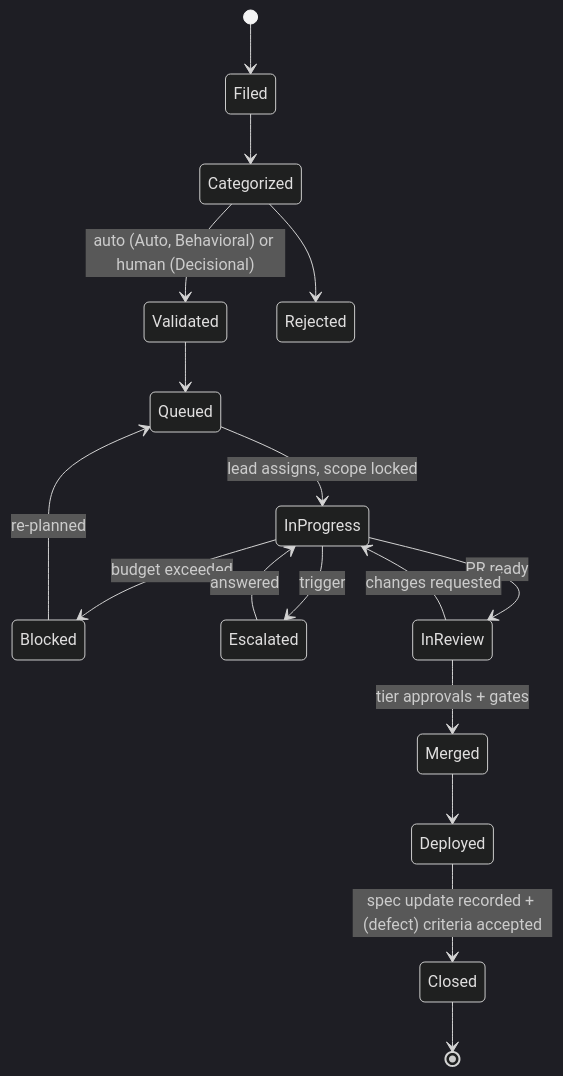
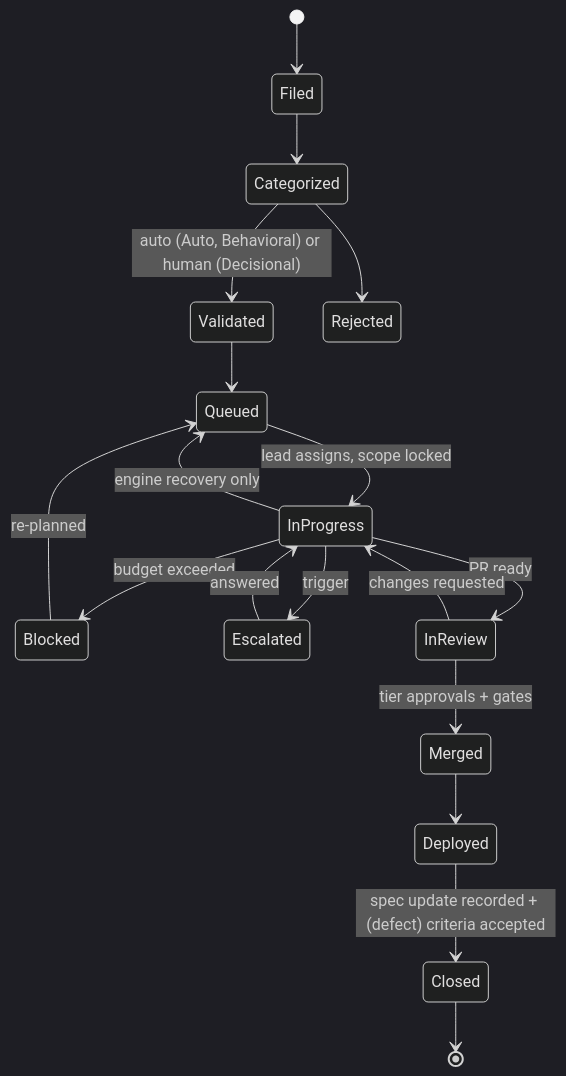
Before and after one commit to rachidsahane/ORI-STUDIO: the second of 3 diagrams in spec/DATA_MODEL.md, drawn with Mermaid (dark theme). The commit also changed other lines of this file and 145 other files, not shown here.

````diff
--- a/spec/DATA_MODEL.md
+++ b/spec/DATA_MODEL.md
@@ -75,19 +75,20 @@
 ```mermaid
 stateDiagram-v2
   [*] --> Filed
   Filed --> Categorized
   Categorized --> Validated: auto (Auto, Behavioral) or human (Decisional)
   Categorized --> Rejected
   Validated --> Queued
   Queued --> InProgress: lead assigns, scope locked
   InProgress --> Blocked: budget exceeded
   InProgress --> Escalated: trigger
   Blocked --> Queued: re-planned
+  InProgress --> Queued: engine recovery only
   Escalated --> InProgress: answered
   InProgress --> InReview: PR ready
   InReview --> InProgress: changes requested
   InReview --> Merged: tier approvals + gates
   Merged --> Deployed
   Deployed --> Closed: spec update recorded + (defect) criteria accepted
   Closed --> [*]
 ```
````
